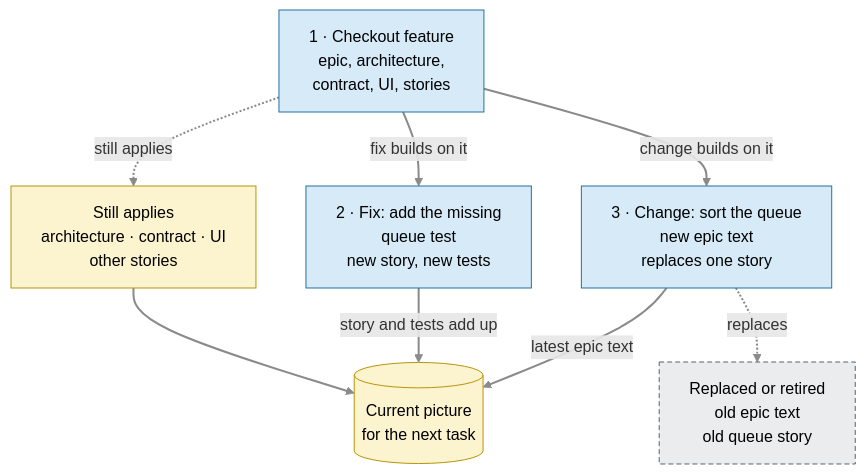
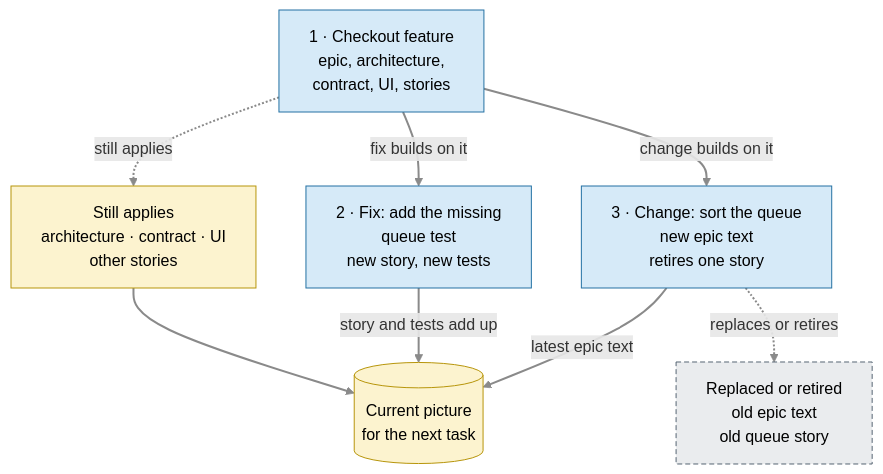
One commit to abdelrahmannasr/yadflow changed the diagram in docs/diagrams/feature-evolution.mmd. Above: the diagram before and after it, drawn with Mermaid. The commit also changed 1 other file, not shown here.

Commit message:
docs(diagrams): the change retires the old queue story, it does not replace it yet
The demo's change lists EP-checkout-S03 in supersedes but writes no story of
its own until its stories step, so the current picture has no queue story.

```diff
--- a/docs/diagrams/feature-evolution.mmd
+++ b/docs/diagrams/feature-evolution.mmd
@@ -1,28 +1,28 @@
 %% Intro diagram 2 — how one feature's record evolves (the README's checkout example).
 %% EP-checkout and its fix EP-checkout-queue-filter are real epics in epics/. The queue-sort change is
 %% the one the README demo adds (docs/media/feature-change.tape). Both later epics are children of the
 %% feature. Rules drawn here (cli/epic-state.mjs resolveCurrentArtifacts): a later epic that re-writes
 %% an artifact replaces it; an inherited artifact stays; stories add up, and `supersedes` retires a
 %% parent story. Regenerate with `npm run diagrams`.
 flowchart TD
     classDef knowledge fill:#fcf3cf,stroke:#b7950b,color:#000
     classDef work fill:#d6eaf8,stroke:#2471a3,color:#000
     classDef retired fill:#eaecee,stroke:#566573,color:#000,stroke-dasharray:5 3
 
     f["1 · Checkout feature<br/>epic, architecture,<br/>contract, UI, stories"]:::work
     d["2 · Fix: add the missing<br/>queue test<br/>new story, new tests"]:::work
-    c["3 · Change: sort the queue<br/>new epic text<br/>replaces one story"]:::work
+    c["3 · Change: sort the queue<br/>new epic text<br/>retires one story"]:::work
 
     keep["Still applies<br/>architecture · contract · UI<br/>other stories"]:::knowledge
     gone["Replaced or retired<br/>old epic text<br/>old queue story"]:::retired
     now[("Current picture<br/>for the next task")]:::knowledge
 
     f -->|fix builds on it| d
     f -->|change builds on it| c
     f -.->|still applies| keep
-    c -.->|replaces| gone
+    c -.->|replaces or retires| gone
     keep --> now
     d -->|story and tests add up| now
     c -->|latest epic text| now
 
     linkStyle default stroke:#8a8a8a,stroke-width:2px
```
